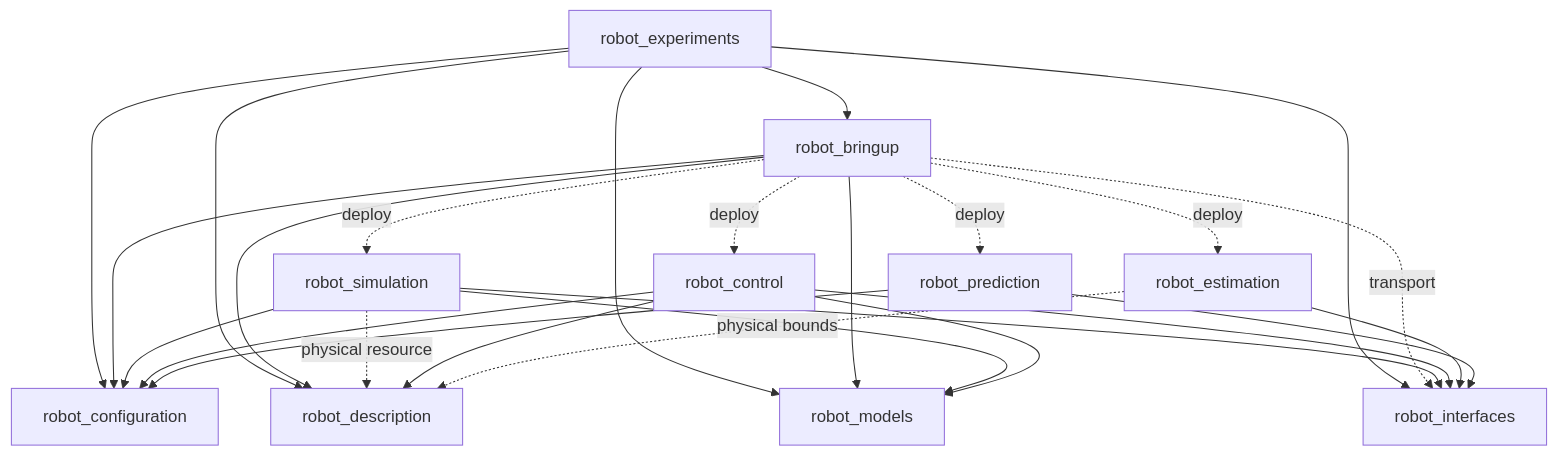
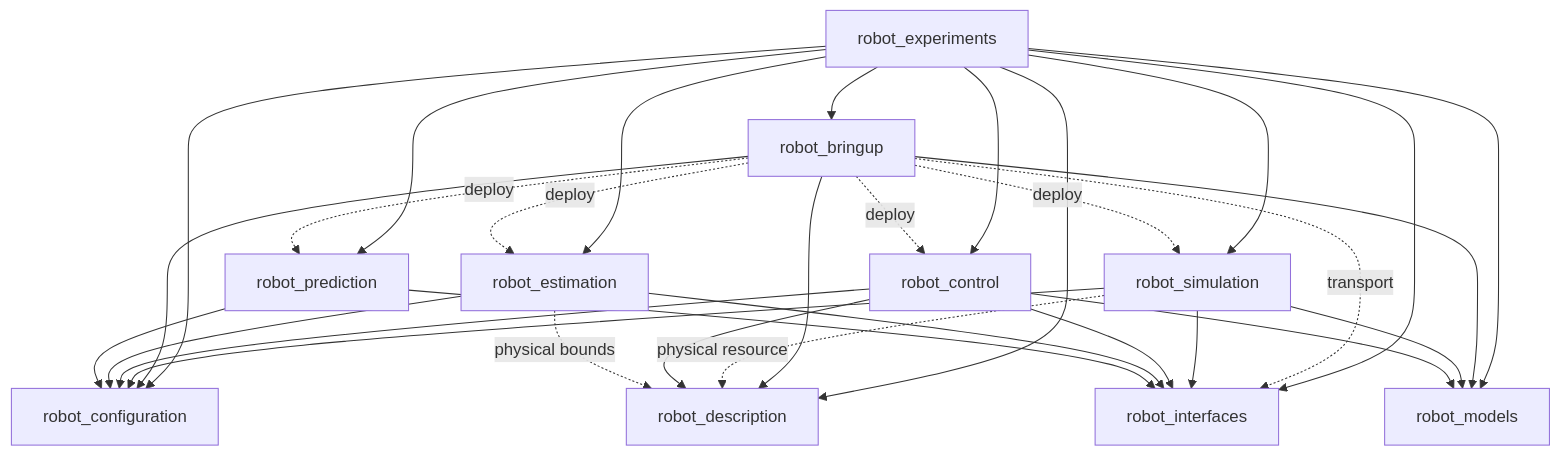
The first of 2 diagrams in docs/ARCHITECTURE.md (Liorshema/adaptive-target-tracking-testbed), drawn with Mermaid before and after one commit. The commit also changed other lines of this file and 216 other files, not shown here.

Commit message:
refactor: establish extensible experiment architecture

````diff
--- a/docs/ARCHITECTURE.md
+++ b/docs/ARCHITECTURE.md
@@ -33,28 +47,33 @@
 ```mermaid
 flowchart TD
  X[robot_experiments] --> B
  X --> Q
  X --> D
  X --> M
  X --> I
+ X --> E
+ X --> P
+ X --> C
+ X --> S
  B[robot_bringup] --> Q[robot_configuration]
  B --> D[robot_description]
  B --> M[robot_models]
  B -. deploy .-> E[robot_estimation]
  B -. deploy .-> P[robot_prediction]
  B -. deploy .-> C[robot_control]
  B -. deploy .-> S[robot_simulation]
  B -. transport .-> I[robot_interfaces]
  S --> Q
  S --> M
  S --> I
  S -. physical resource .-> D
  C --> D
  C --> M
  C --> I
  C --> Q
  E --> I
+ E --> Q
  E -. physical bounds .-> D
  P --> I
  P --> Q
 ```
````
